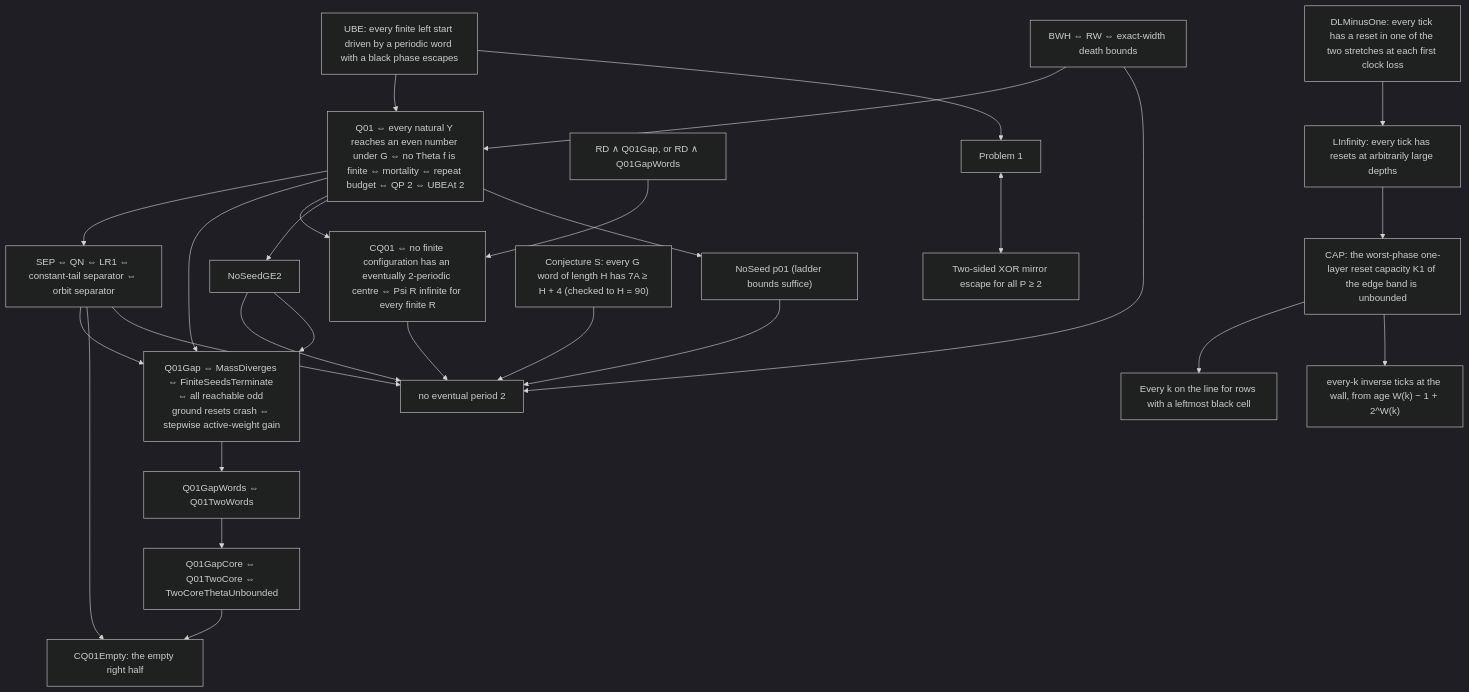
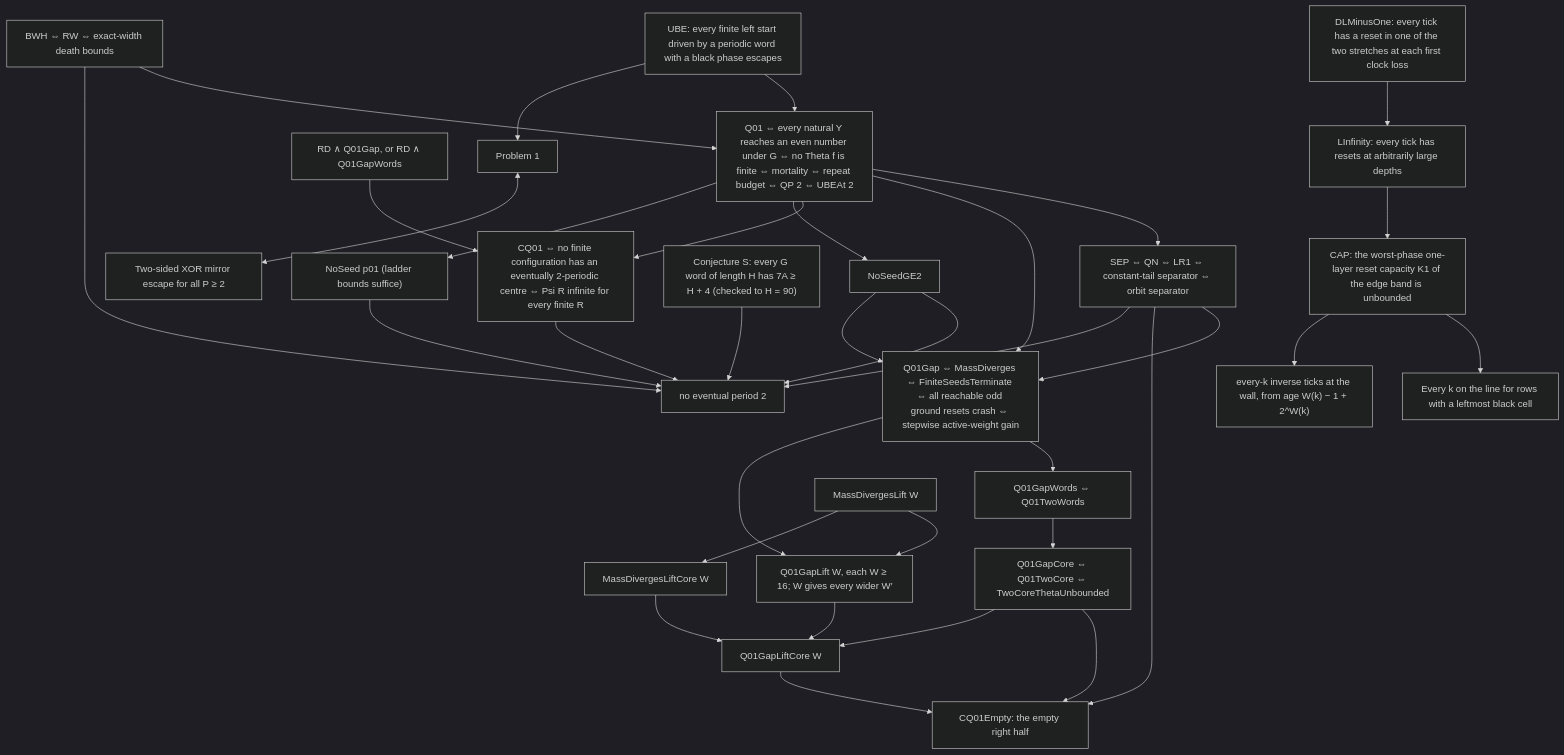
Before and after one commit to ghywel/rule30reset: the diagram in KIT.md, drawn with Mermaid (dark theme). The commit also changed other lines of this file and 6 other files, not shown here.

````diff
--- a/KIT.md
+++ b/KIT.md
@@ -49,27 +49,31 @@
 ```mermaid
 graph TD
   UBE["UBE: every finite left start driven by a periodic word with a black phase escapes"] --> Q01
   BWH["BWH ⇔ RW ⇔ exact-width death bounds"] --> Q01
   Q01["Q01 ⇔ every natural Y reaches an even number under G ⇔ no Theta f is finite ⇔ mortality ⇔ repeat budget ⇔ QP 2 ⇔ UBEAt 2"]
   Q01 --> SEP["SEP ⇔ QN ⇔ LR1 ⇔ constant-tail separator ⇔ orbit separator"]
   Q01 --> Q01Gap["Q01Gap ⇔ MassDiverges ⇔ FiniteSeedsTerminate ⇔ all reachable odd ground resets crash ⇔ stepwise active-weight gain"]
   SEP --> Q01Gap
   Q01Gap --> Q01GW["Q01GapWords ⇔ Q01TwoWords"]
   Q01GW --> Q01GC["Q01GapCore ⇔ Q01TwoCore ⇔ TwoCoreThetaUnbounded"]
   Q01GC --> CQ01E["CQ01Empty: the empty right half"]
+  Q01Gap --> GL["Q01GapLift W, each W ≥ 16; W gives every wider W′"] --> GLC["Q01GapLiftCore W"] --> CQ01E
+  Q01GC --> GLC
+  MDL["MassDivergesLift W"] --> GL
+  MDL --> MDLC["MassDivergesLiftCore W"] --> GLC
   SEP --> CQ01E
   Q01 --> CQ01["CQ01 ⇔ no finite configuration has an eventually 2-periodic centre ⇔ Psi R infinite for every finite R"]
   RDQ["RD ∧ Q01Gap, or RD ∧ Q01GapWords"] --> CQ01
   CQ01 --> NP2["no eventual period 2"]
   Q01 --> NSG["NoSeedGE2"] --> NP2
   NSG --> Q01Gap
   Q01 --> NS01["NoSeed p01 (ladder bounds suffice)"] --> NP2
   CS["Conjecture S: every G word of length H has 7A ≥ H + 4 (checked to H = 90)"] --> NP2
   SEP --> NP2
   BWH --> NP2
   UBE --> P1["Problem 1"]
   P1 <--> MIR["Two-sided XOR mirror escape for all P ≥ 2"]
   DL1["DLMinusOne: every tick has a reset in one of the two stretches at each first clock loss"] --> LI["LInfinity: every tick has resets at arbitrarily large depths"]
   CAP --> LINE["Every k on the line for rows with a leftmost black cell"]
   LI --> CAP["CAP: the worst-phase one-layer reset capacity K1 of the edge band is unbounded"] --> EVK["every-k inverse ticks at the wall, from age W(k) − 1 + 2^W(k)"]
 ```
````
